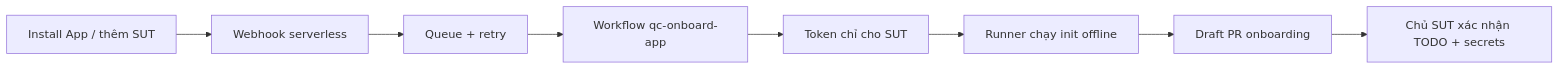
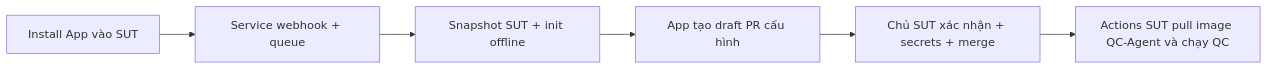
One commit to Muteen-Felix/QC-Agent changed the diagram in docs/github-app-onboarding.md. Above: the diagram before and after it, drawn with Mermaid. The commit also changed other lines of this file and 11 other files, not shown here.

Commit message:
refactor(app): onboard SUT directly without control repository installation

````diff
--- a/docs/github-app-onboarding.md
+++ b/docs/github-app-onboarding.md
@@ -5,10 +5,8 @@
 ```mermaid
 flowchart LR
-    A[Install App / thêm SUT] --> B[Webhook serverless]
-    B --> C[Queue + retry]
-    C --> D[Workflow qc-onboard-app]
-    D --> E[Token chỉ cho SUT]
-    E --> F[Runner chạy init offline]
-    F --> G[Draft PR onboarding]
-    G --> H[Chủ SUT xác nhận TODO + secrets]
+    A[Install App vào SUT] --> B[Service webhook + queue]
+    B --> C[Snapshot SUT + init offline]
+    C --> D[App tạo draft PR cấu hình]
+    D --> E[Chủ SUT xác nhận + secrets + merge]
+    E --> F[Actions SUT pull image QC-Agent và chạy QC]
 ```
````
